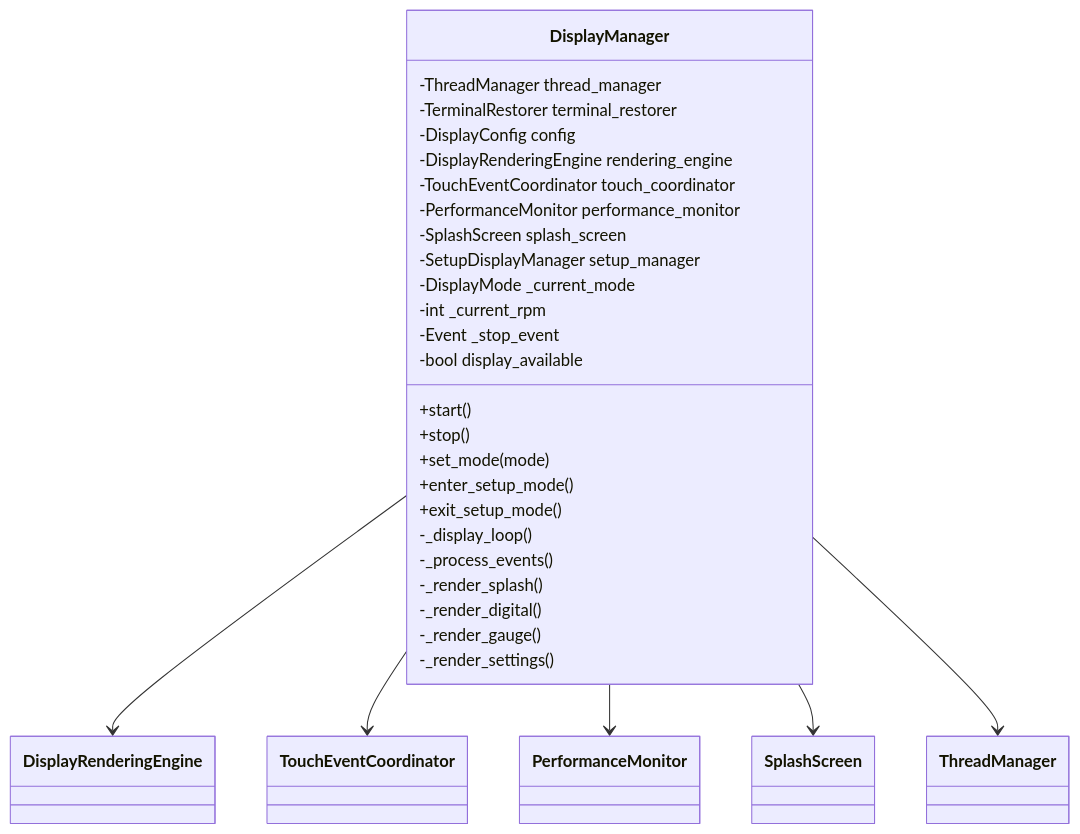
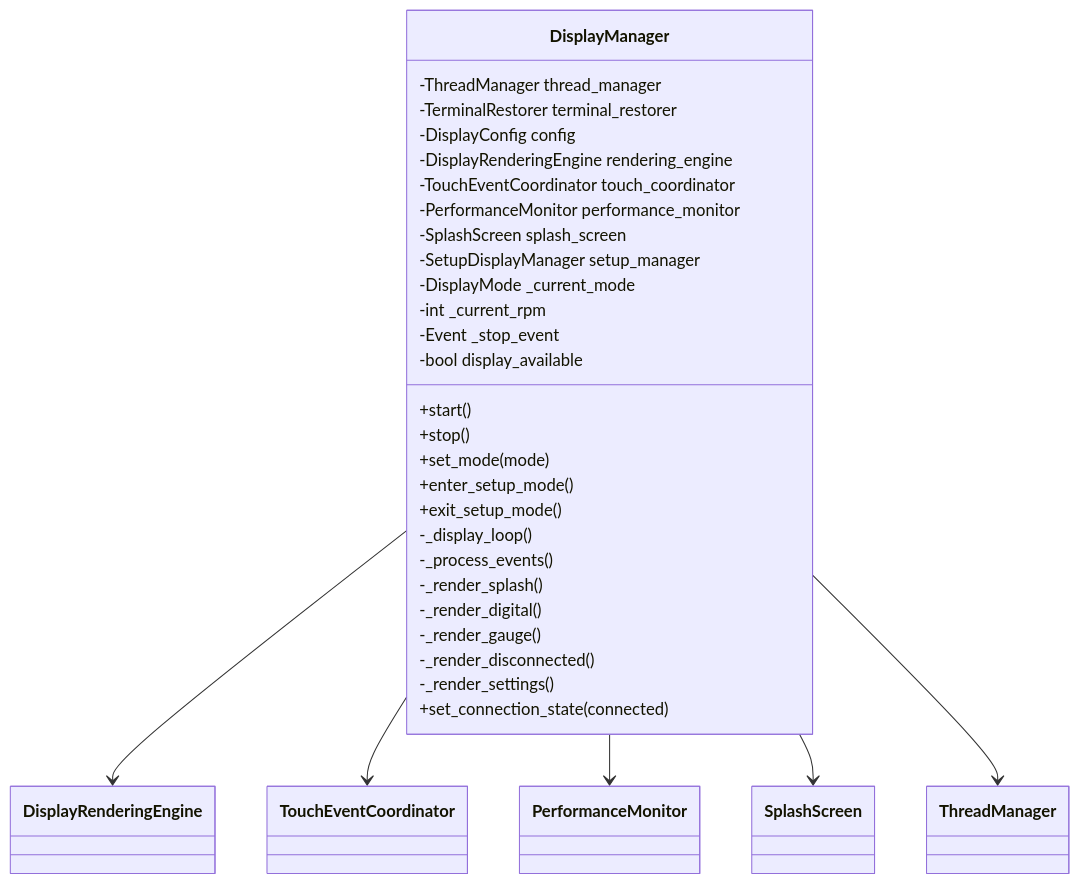
The first of 2 diagrams in workspace/design/design-b8c9d0e1-component_display_manager.md (William12556/GTach), drawn with Mermaid before and after one commit. The commit also changed other lines of this file and 70 other files, not shown here.

````diff
--- a/workspace/design/design-b8c9d0e1-component_display_manager.md
+++ b/workspace/design/design-b8c9d0e1-component_display_manager.md
@@ -442,34 +486,36 @@
 ```mermaid
 classDiagram
     class DisplayManager {
         -ThreadManager thread_manager
         -TerminalRestorer terminal_restorer
         -DisplayConfig config
         -DisplayRenderingEngine rendering_engine
         -TouchEventCoordinator touch_coordinator
         -PerformanceMonitor performance_monitor
         -SplashScreen splash_screen
         -SetupDisplayManager setup_manager
         -DisplayMode _current_mode
         -int _current_rpm
         -Event _stop_event
         -bool display_available
         +start()
         +stop()
         +set_mode(mode)
         +enter_setup_mode()
         +exit_setup_mode()
         -_display_loop()
         -_process_events()
         -_render_splash()
         -_render_digital()
         -_render_gauge()
+        -_render_disconnected()
         -_render_settings()
+        +set_connection_state(connected)
     }
     
     DisplayManager --> DisplayRenderingEngine
     DisplayManager --> TouchEventCoordinator
     DisplayManager --> PerformanceMonitor
     DisplayManager --> SplashScreen
     DisplayManager --> ThreadManager
 ```
````
